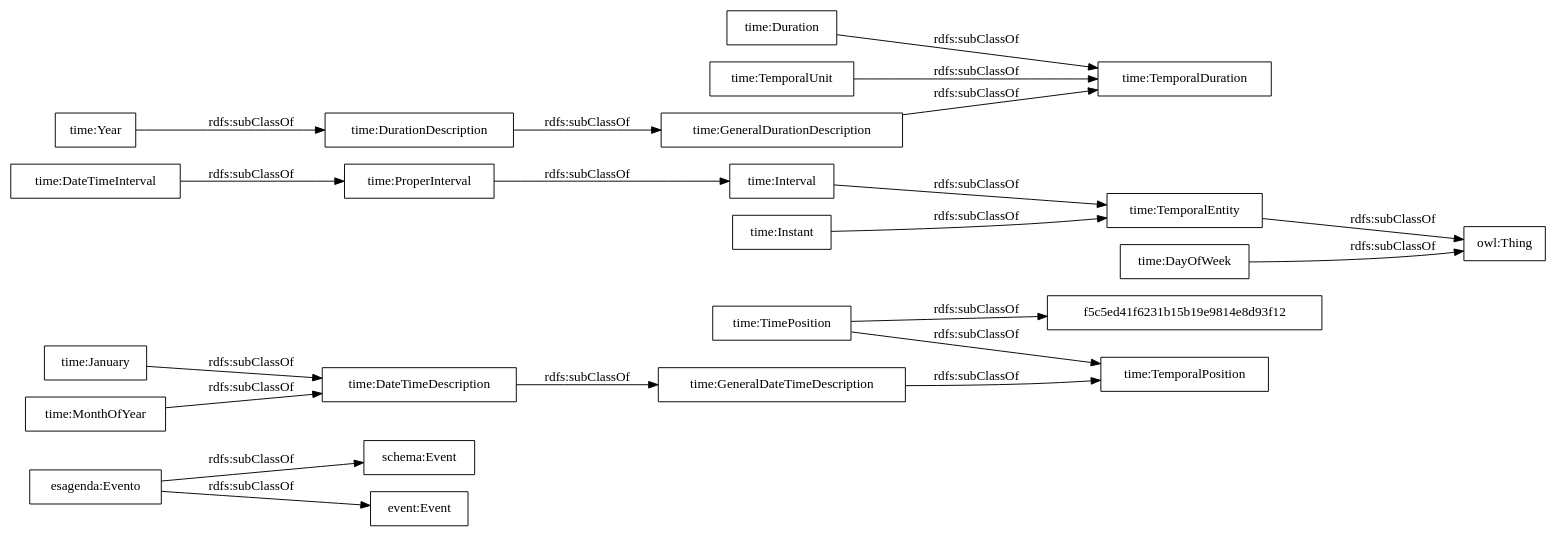
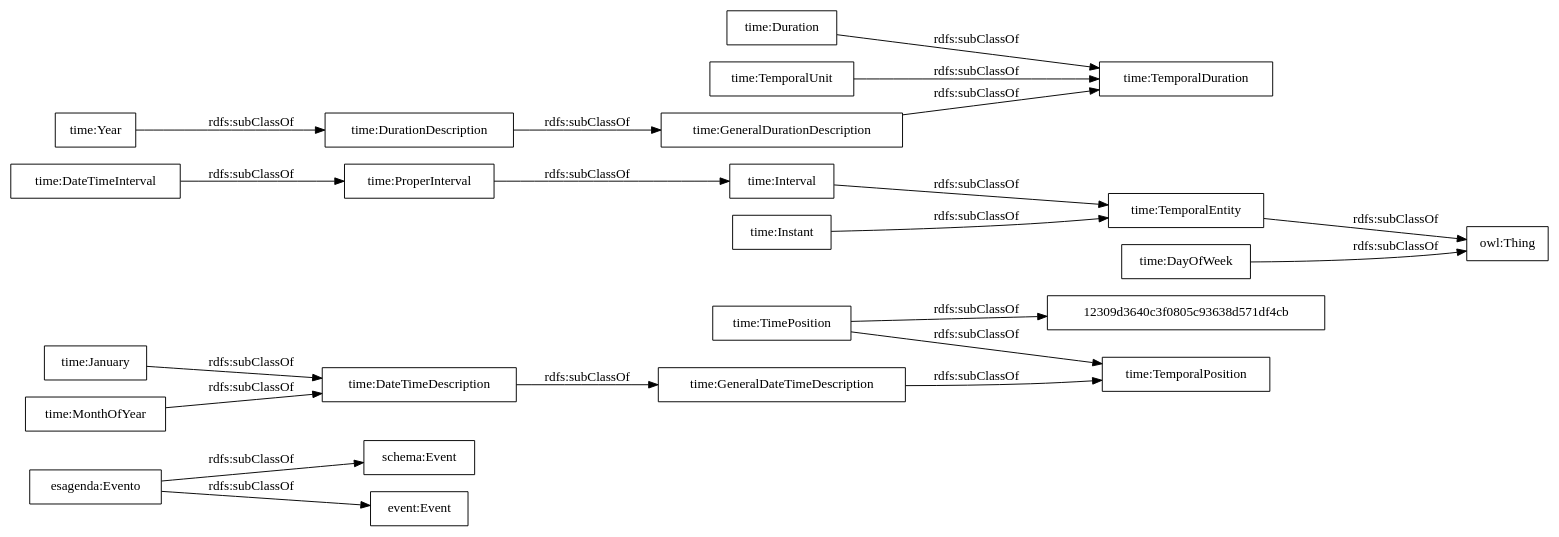
Before and after one commit to paoespinozarias/cultura-ocio-agenda-eventos-actividades: the diagram in OnToology/agenda.owl/diagrams/ar2dtool-taxonomy/agenda.owl.png.dot, drawn with Graphviz. The commit also changed 5 other files, not shown here.

```diff
--- a/OnToology/agenda.owl/diagrams/ar2dtool-taxonomy/agenda.owl.png.dot
+++ b/OnToology/agenda.owl/diagrams/ar2dtool-taxonomy/agenda.owl.png.dot
@@ -1,25 +1,25 @@
 digraph ar2dtool_diagram { 
 rankdir=LR;
 size="1000"
-node [shape = rectangle, color="black"]; "esagenda:Evento" "schema:Event" "event:Event" "time:GeneralDateTimeDescription" "time:DateTimeInterval" "time:DurationDescription" "time:TemporalDuration" "time:Duration" "time:GeneralDurationDescription" "time:January" "time:ProperInterval" "time:TimePosition" "f5c5ed41f6231b15b19e9814e8d93f12" "time:TemporalPosition" "time:Interval" "time:TemporalEntity" "time:Year" "time:MonthOfYear" "time:DateTimeDescription" "time:TemporalUnit" "time:Instant" "time:DayOfWeek" ; /*classes style*/
+node [shape = rectangle, color="black"]; "esagenda:Evento" "schema:Event" "event:Event" "time:GeneralDateTimeDescription" "time:DateTimeInterval" "time:DurationDescription" "time:TemporalDuration" "time:Duration" "time:GeneralDurationDescription" "time:January" "time:ProperInterval" "time:TimePosition" "time:TemporalPosition" "time:Interval" "time:TemporalEntity" "time:Year" "12309d3640c3f0805c93638d571df4cb" "time:MonthOfYear" "time:DateTimeDescription" "time:TemporalUnit" "time:Instant" "time:DayOfWeek" ; /*classes style*/
 	"time:TemporalEntity" -> "owl:Thing" [ label = "rdfs:subClassOf" ];
 	"time:DateTimeInterval" -> "time:ProperInterval" [ label = "rdfs:subClassOf" ];
 	"time:DayOfWeek" -> "owl:Thing" [ label = "rdfs:subClassOf" ];
 	"time:TemporalUnit" -> "time:TemporalDuration" [ label = "rdfs:subClassOf" ];
 	"time:Year" -> "time:DurationDescription" [ label = "rdfs:subClassOf" ];
 	"time:Interval" -> "time:TemporalEntity" [ label = "rdfs:subClassOf" ];
 	"time:MonthOfYear" -> "time:DateTimeDescription" [ label = "rdfs:subClassOf" ];
 	"time:GeneralDurationDescription" -> "time:TemporalDuration" [ label = "rdfs:subClassOf" ];
 	"time:GeneralDateTimeDescription" -> "time:TemporalPosition" [ label = "rdfs:subClassOf" ];
 	"time:DateTimeDescription" -> "time:GeneralDateTimeDescription" [ label = "rdfs:subClassOf" ];
 	"time:DurationDescription" -> "time:GeneralDurationDescription" [ label = "rdfs:subClassOf" ];
-	"time:TimePosition" -> "f5c5ed41f6231b15b19e9814e8d93f12" [ label = "rdfs:subClassOf" ];
+	"time:TimePosition" -> "12309d3640c3f0805c93638d571df4cb" [ label = "rdfs:subClassOf" ];
 	"time:TimePosition" -> "time:TemporalPosition" [ label = "rdfs:subClassOf" ];
 	"time:January" -> "time:DateTimeDescription" [ label = "rdfs:subClassOf" ];
 	"time:ProperInterval" -> "time:Interval" [ label = "rdfs:subClassOf" ];
 	"time:Instant" -> "time:TemporalEntity" [ label = "rdfs:subClassOf" ];
 	"esagenda:Evento" -> "schema:Event" [ label = "rdfs:subClassOf" ];
 	"esagenda:Evento" -> "event:Event" [ label = "rdfs:subClassOf" ];
 	"time:Duration" -> "time:TemporalDuration" [ label = "rdfs:subClassOf" ];
 
 }
```
